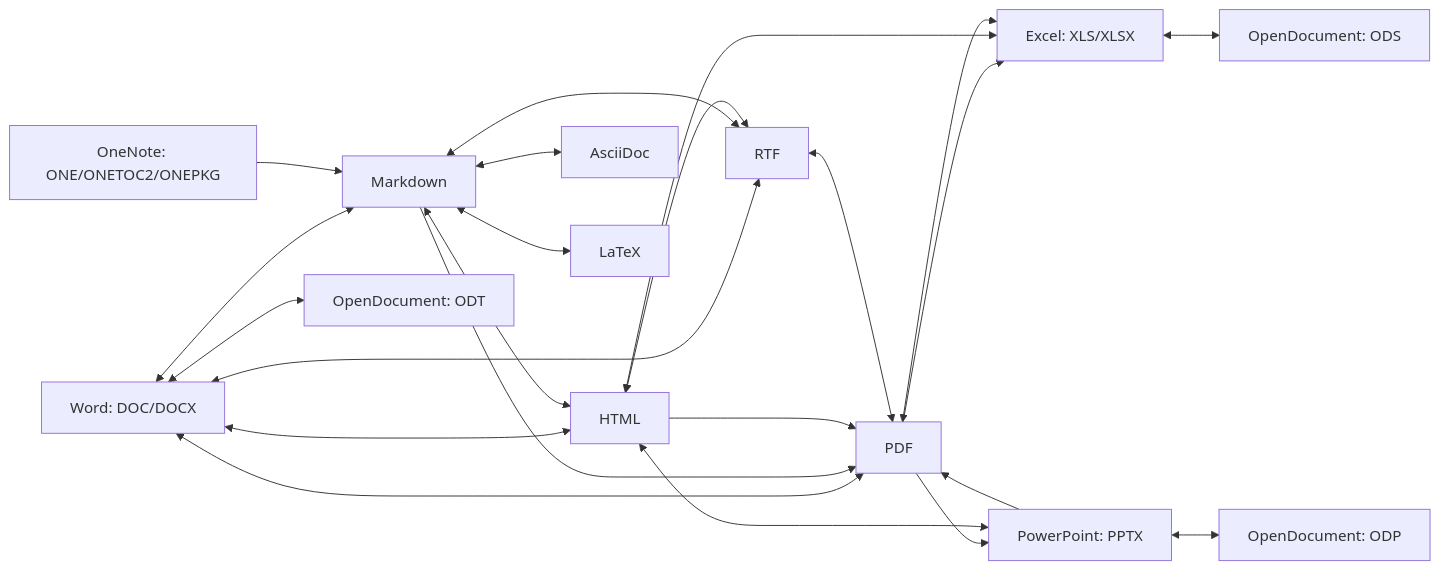
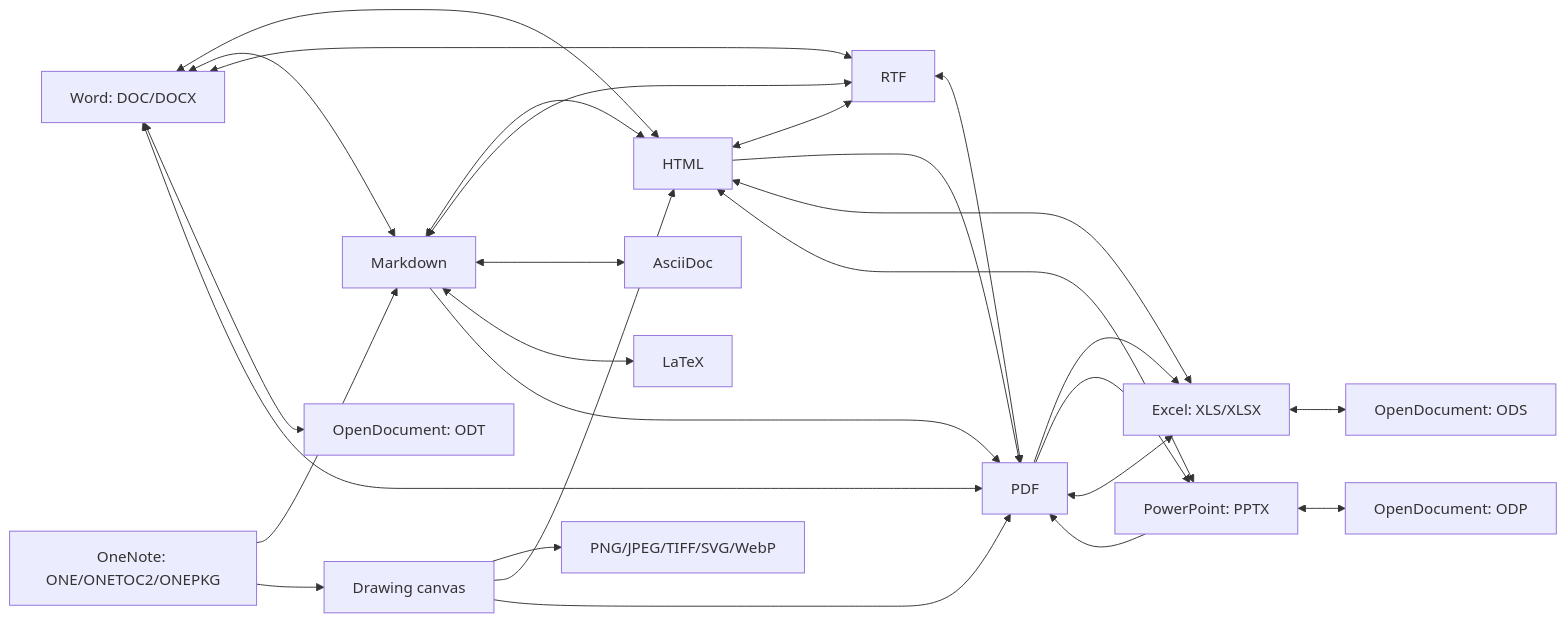
The diagram in README.md (EvotecIT/OfficeIMO), drawn with Mermaid before and after one commit. The commit also changed other lines of this file and 80 other files, not shown here.

````diff
--- a/README.md
+++ b/README.md
@@ -847,25 +850,29 @@
 ```mermaid
 flowchart LR
     Word["Word: DOC/DOCX"] <--> HTML["HTML"]
     Word <--> Markdown["Markdown"]
     Word <--> RTF["RTF"]
     Word <--> ODT["OpenDocument: ODT"]
     Word <--> PDF["PDF"]
     Excel["Excel: XLS/XLSX"] <--> HTML
     Excel <--> ODS["OpenDocument: ODS"]
     Excel <--> PDF
     PowerPoint["PowerPoint: PPTX"] <--> HTML
     PowerPoint <--> ODP["OpenDocument: ODP"]
     PowerPoint --> PDF
     OneNote["OneNote: ONE/ONETOC2/ONEPKG"] --> Markdown
+    OneNote --> DrawingCanvas["Drawing canvas"]
+    DrawingCanvas --> Images["PNG/JPEG/TIFF/SVG/WebP"]
+    DrawingCanvas --> HTML
+    DrawingCanvas --> PDF
     Markdown <--> HTML
     Markdown <--> RTF
     Markdown <--> AsciiDoc["AsciiDoc"]
     Markdown <--> Latex["LaTeX"]
     Markdown --> PDF
     HTML <--> RTF
     HTML --> PDF
     RTF <--> PDF
     PDF --> Excel
     PDF --> PowerPoint
 ```
````
